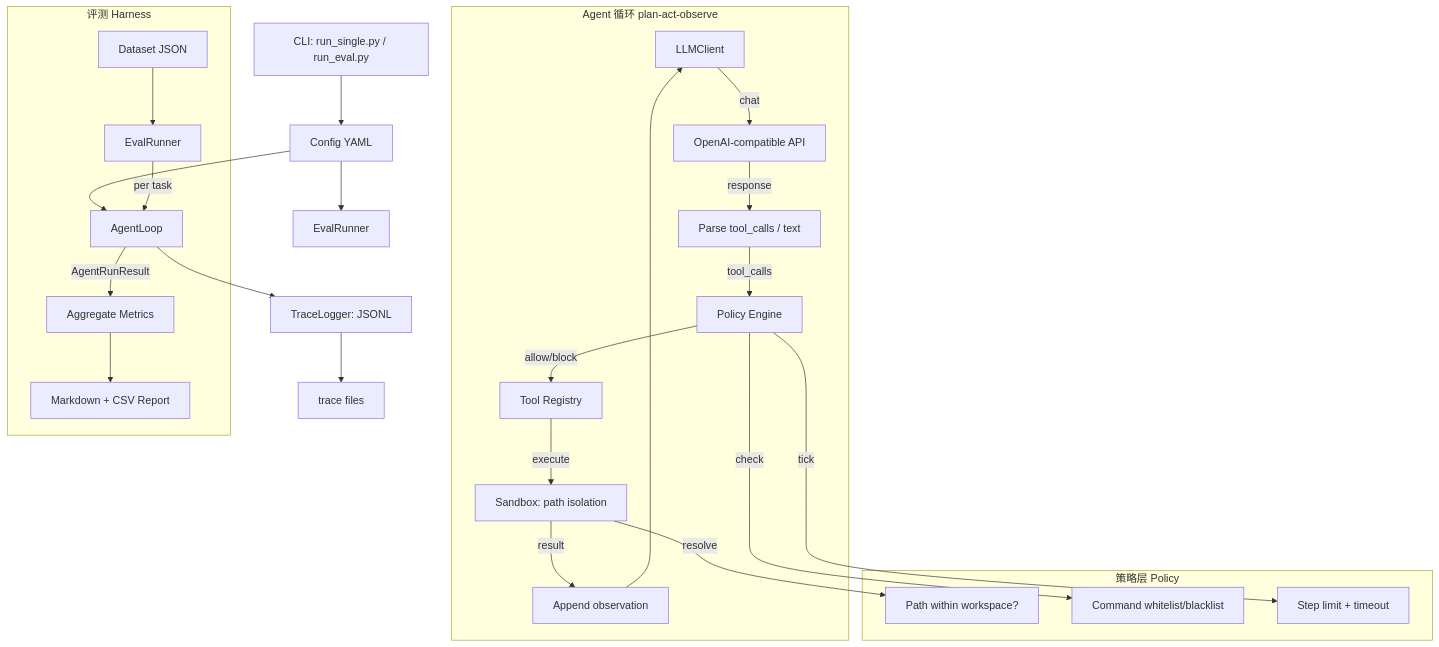
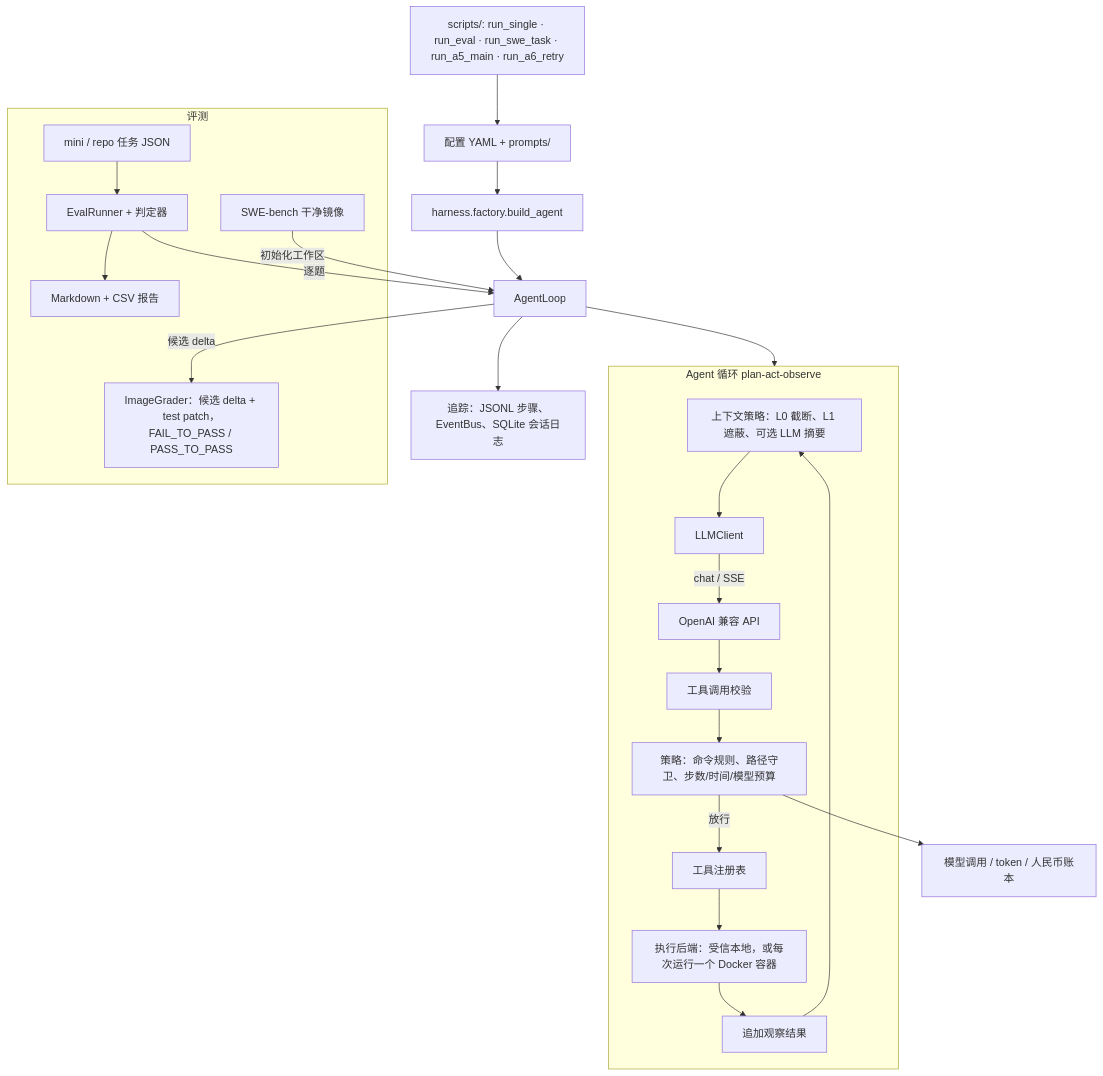
One commit to RichChen/coding-agent changed the diagram in README.zh-CN.md. Above: the diagram before and after it, drawn with Mermaid. The commit also changed other lines of this file and 1 other file, not shown here.

Commit message:
publish P-4: rewrite README architecture, structure, scripts and test notes to match the tracked tree

````diff
--- a/README.zh-CN.md
+++ b/README.zh-CN.md
@@ -19,32 +19,31 @@
 ```mermaid
 flowchart TD
-    CLI[CLI: run_single.py / run_eval.py] --> CONFIG[Config YAML]
-    CONFIG --> AGENT[AgentLoop]
-    CONFIG --> EVAL[EvalRunner]
+    CLI["scripts/: run_single · run_eval · run_swe_task · run_a5_main · run_a6_retry"] --> CONFIG[配置 YAML + prompts/]
+    CONFIG --> FACTORY[harness.factory.build_agent]
+    FACTORY --> AGENT[AgentLoop]
 
-    subgraph AgentLoop["Agent 循环 plan-act-observe"]
-        LLM[LLMClient] -->|chat| API[OpenAI-compatible API]
-        API -->|response| PARSE[Parse tool_calls / text]
-        PARSE -->|tool_calls| POLICY[Policy Engine]
-        POLICY -->|allow/block| TOOLS[Tool Registry]
-        TOOLS -->|execute| SAND[Sandbox: path isolation]
-        SAND -->|result| OBSERVE[Append observation]
-        OBSERVE --> LLM
+    subgraph LOOP["Agent 循环 plan-act-observe"]
+        CTX["上下文策略：L0 截断、L1 遮蔽、可选 LLM 摘要"] --> LLM[LLMClient]
+        LLM -->|chat / SSE| API[OpenAI 兼容 API]
+        API --> VALIDATE[工具调用校验]
+        VALIDATE --> POLICY["策略：命令规则、路径守卫、步数/时间/模型预算"]
+        POLICY -->|放行| TOOLS[工具注册表]
+        TOOLS --> EXEC["执行后端：受信本地，或每次运行一个 Docker 容器"]
+        EXEC --> OBSERVE[追加观察结果]
+        OBSERVE --> CTX
     end
 
-    subgraph Eval["评测 Harness"]
-        DS[Dataset JSON] --> RUNNER[EvalRunner]
-        RUNNER -->|per task| AGENT
-        AGENT -->|AgentRunResult| METRICS[Aggregate Metrics]
-        METRICS --> REPORT[Markdown + CSV Report]
+    AGENT --> LOOP
+
+    subgraph EVAL["评测"]
+        DS[mini / repo 任务 JSON] --> RUNNER[EvalRunner + 判定器] --> REPORT[Markdown + CSV 报告]
+        IMG[SWE-bench 干净镜像]
+        GRADER["ImageGrader：候选 delta + test patch，FAIL_TO_PASS / PASS_TO_PASS"]
     end
 
-    subgraph Safety["策略层 Policy"]
-        SAND -->|resolve| PATH[Path within workspace?]
-        POLICY -->|check| CMD[Command whitelist/blacklist]
-        POLICY -->|tick| BUDGET[Step limit + timeout]
-    end
-
-    TRACE[TraceLogger: JSONL] --> DISK[trace files]
-    AGENT --> TRACE
+    RUNNER -->|逐题| AGENT
+    IMG -->|初始化工作区| AGENT
+    AGENT -->|候选 delta| GRADER
+    AGENT --> TRACE["追踪：JSONL 步骤、EventBus、SQLite 会话日志"]
+    POLICY --> LEDGER[模型调用 / token / 人民币账本]
 ```
````
